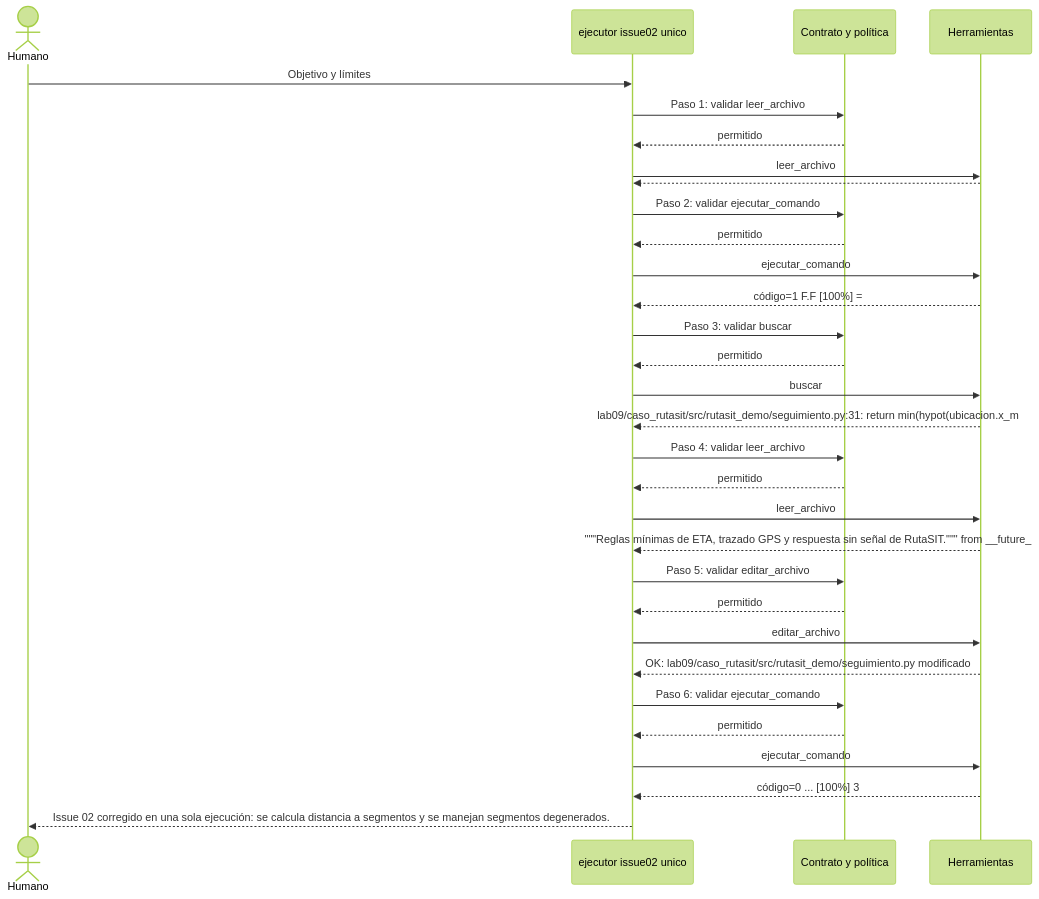
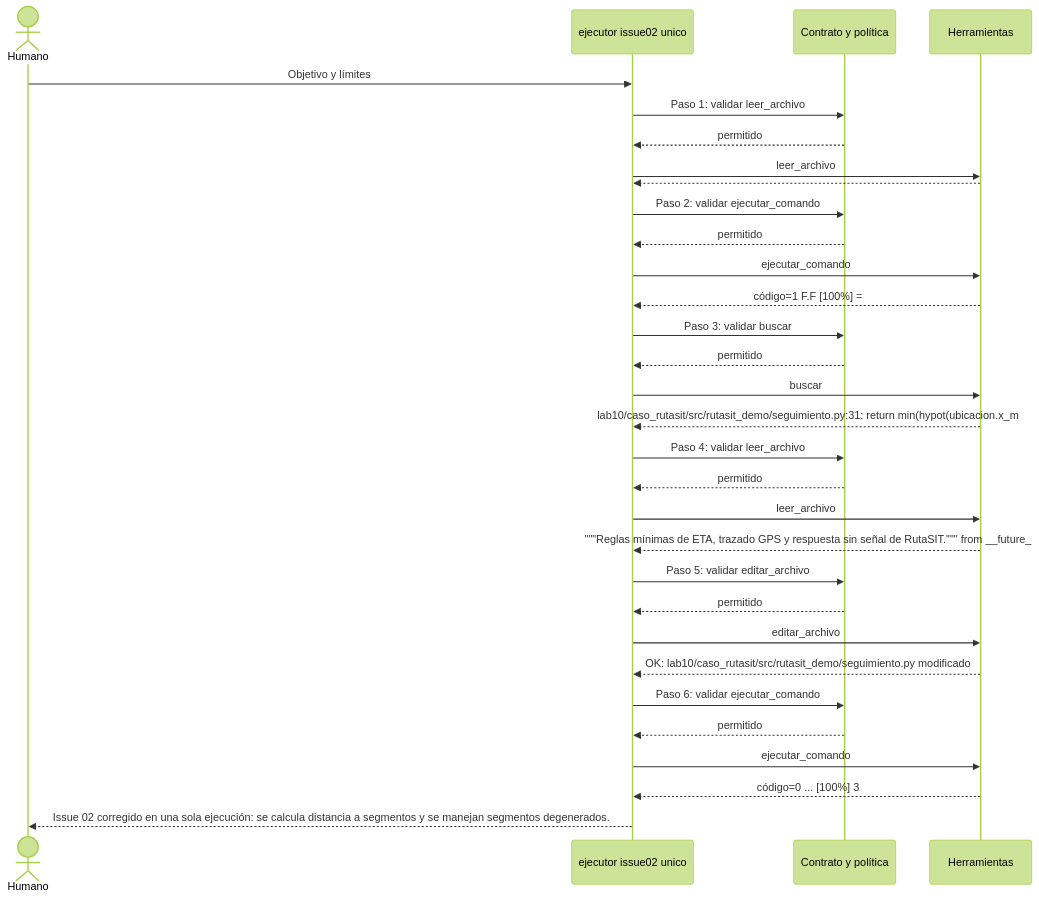
One commit to F4brici0L4yme/cs-2026b-lab04-grupo-b changed the diagram in agentes/trazas/issue02_unico.mmd. Above: the diagram before and after it, drawn with Mermaid (forest theme). The commit also changed 41 other files, not shown here.

```diff
--- a/agentes/trazas/issue02_unico.mmd
+++ b/agentes/trazas/issue02_unico.mmd
@@ -1,31 +1,31 @@
 sequenceDiagram
     actor Humano
     participant E1 as ejecutor issue02 unico
     participant C as Contrato y política
     participant H as Herramientas
     Humano->>E1: Objetivo y límites
     E1->>C: Paso 1: validar leer_archivo
     C-->>E1: permitido
     E1->>H: leer_archivo
     H-->>E1: # ISSUE-02: una lectura sobre una curva se marca fuera de ruta  **Observado:** la verifica
     E1->>C: Paso 2: validar ejecutar_comando
     C-->>E1: permitido
     E1->>H: ejecutar_comando
     H-->>E1: código=1 F.F                                                                      [100%] =
     E1->>C: Paso 3: validar buscar
     C-->>E1: permitido
     E1->>H: buscar
-    H-->>E1: lab09/caso_rutasit/src/rutasit_demo/seguimiento.py:31:     return min(hypot(ubicacion.x_m 
+    H-->>E1: lab10/caso_rutasit/src/rutasit_demo/seguimiento.py:31:     return min(hypot(ubicacion.x_m
     E1->>C: Paso 4: validar leer_archivo
     C-->>E1: permitido
     E1->>H: leer_archivo
     H-->>E1: """Reglas mínimas de ETA, trazado GPS y respuesta sin señal de RutaSIT."""  from __future_
     E1->>C: Paso 5: validar editar_archivo
     C-->>E1: permitido
     E1->>H: editar_archivo
-    H-->>E1: OK: lab09/caso_rutasit/src/rutasit_demo/seguimiento.py modificado
+    H-->>E1: OK: lab10/caso_rutasit/src/rutasit_demo/seguimiento.py modificado
     E1->>C: Paso 6: validar ejecutar_comando
     C-->>E1: permitido
     E1->>H: ejecutar_comando
     H-->>E1: código=0 ...                                                                      [100%] 3
     E1-->>Humano: Issue 02 corregido en una sola ejecución: se calcula distancia a segmentos y se manejan segmentos degenerados.
```
